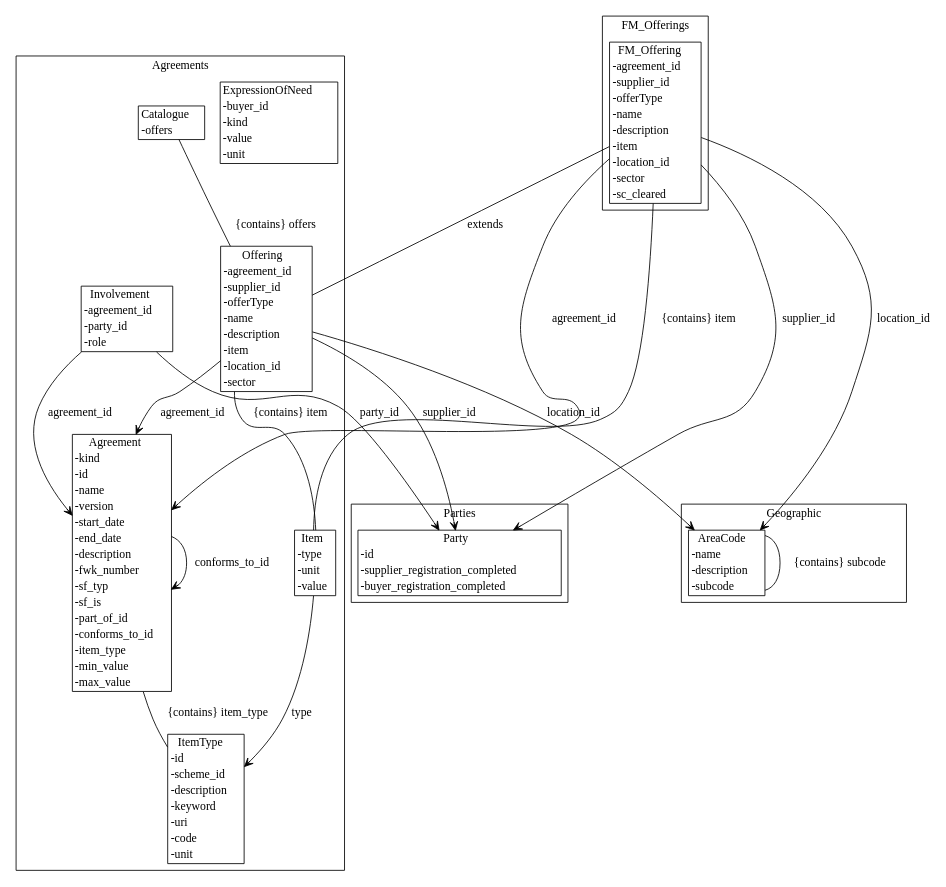
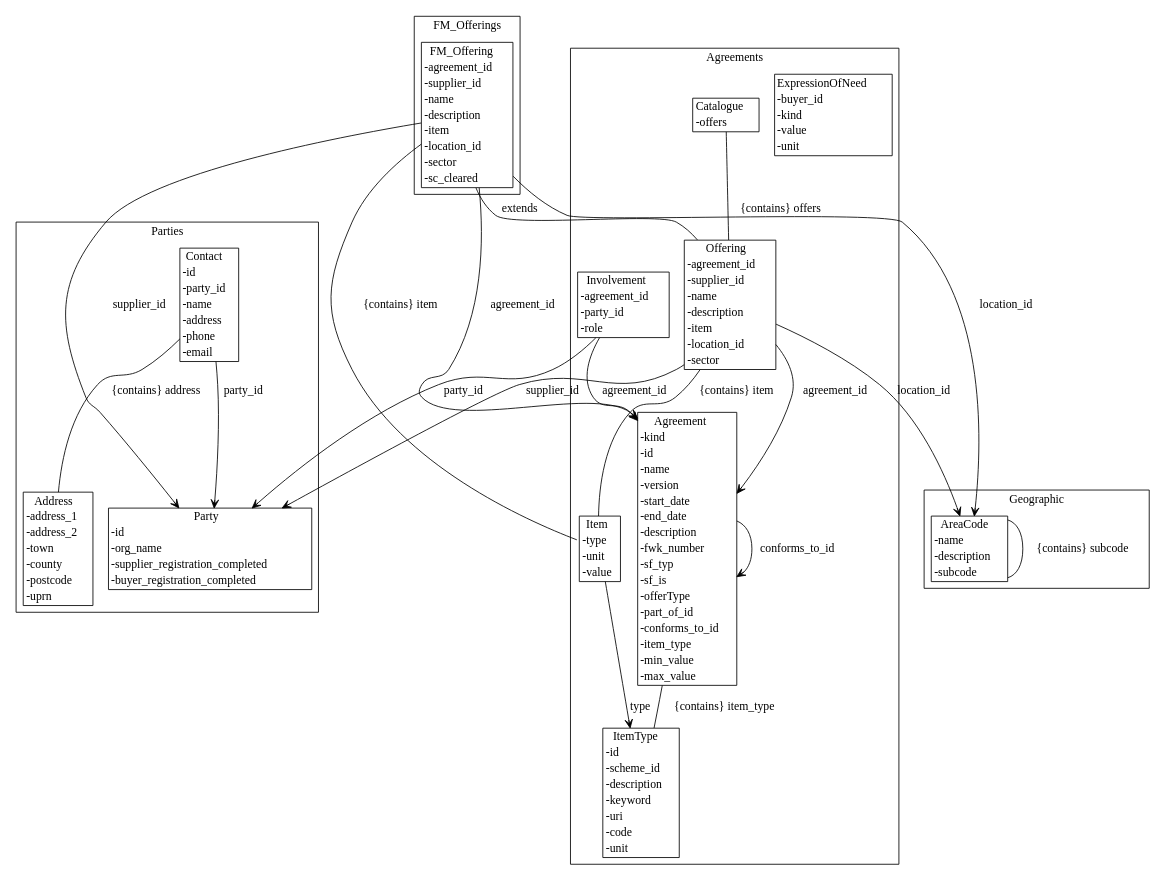
The diagram in agreement-design/gen/diagrams/metamodel.dot (Crown-Commercial-Service/cmp-design-prototype), drawn with Graphviz before and after one commit. The commit also changed 8 other files, not shown here.

Commit message:
Add offering type for supply teachers

```diff
--- a/agreement-design/gen/diagrams/metamodel.dot
+++ b/agreement-design/gen/diagrams/metamodel.dot
@@ -1,45 +1,49 @@
 strict digraph {
 subgraph cluster_Agreements {
 node [shape=plaintext margin=0];
 label=Agreements;
 "ItemType" [label=<<table BORDER="1" CELLBORDER="0" CELLSPACING="0"><TH><TD>ItemType</TD></TH><TR><TD ALIGN="LEFT">-id</TD></TR><TR><TD ALIGN="LEFT">-scheme_id</TD></TR><TR><TD ALIGN="LEFT">-description</TD></TR><TR><TD ALIGN="LEFT">-keyword</TD></TR><TR><TD ALIGN="LEFT">-uri</TD></TR><TR><TD ALIGN="LEFT">-code</TD></TR><TR><TD ALIGN="LEFT">-unit</TD></TR></table>>];
 "ExpressionOfNeed" [label=<<table BORDER="1" CELLBORDER="0" CELLSPACING="0"><TH><TD>ExpressionOfNeed</TD></TH><TR><TD ALIGN="LEFT">-buyer_id</TD></TR><TR><TD ALIGN="LEFT">-kind</TD></TR><TR><TD ALIGN="LEFT">-value</TD></TR><TR><TD ALIGN="LEFT">-unit</TD></TR></table>>];
-"Agreement" [label=<<table BORDER="1" CELLBORDER="0" CELLSPACING="0"><TH><TD>Agreement</TD></TH><TR><TD ALIGN="LEFT">-kind</TD></TR><TR><TD ALIGN="LEFT">-id</TD></TR><TR><TD ALIGN="LEFT">-name</TD></TR><TR><TD ALIGN="LEFT">-version</TD></TR><TR><TD ALIGN="LEFT">-start_date</TD></TR><TR><TD ALIGN="LEFT">-end_date</TD></TR><TR><TD ALIGN="LEFT">-description</TD></TR><TR><TD ALIGN="LEFT">-fwk_number</TD></TR><TR><TD ALIGN="LEFT">-sf_typ</TD></TR><TR><TD ALIGN="LEFT">-sf_is</TD></TR><TR><TD ALIGN="LEFT">-part_of_id</TD></TR><TR><TD ALIGN="LEFT">-conforms_to_id</TD></TR><TR><TD ALIGN="LEFT">-item_type</TD></TR><TR><TD ALIGN="LEFT">-min_value</TD></TR><TR><TD ALIGN="LEFT">-max_value</TD></TR></table>>];
+"Agreement" [label=<<table BORDER="1" CELLBORDER="0" CELLSPACING="0"><TH><TD>Agreement</TD></TH><TR><TD ALIGN="LEFT">-kind</TD></TR><TR><TD ALIGN="LEFT">-id</TD></TR><TR><TD ALIGN="LEFT">-name</TD></TR><TR><TD ALIGN="LEFT">-version</TD></TR><TR><TD ALIGN="LEFT">-start_date</TD></TR><TR><TD ALIGN="LEFT">-end_date</TD></TR><TR><TD ALIGN="LEFT">-description</TD></TR><TR><TD ALIGN="LEFT">-fwk_number</TD></TR><TR><TD ALIGN="LEFT">-sf_typ</TD></TR><TR><TD ALIGN="LEFT">-sf_is</TD></TR><TR><TD ALIGN="LEFT">-offerType</TD></TR><TR><TD ALIGN="LEFT">-part_of_id</TD></TR><TR><TD ALIGN="LEFT">-conforms_to_id</TD></TR><TR><TD ALIGN="LEFT">-item_type</TD></TR><TR><TD ALIGN="LEFT">-min_value</TD></TR><TR><TD ALIGN="LEFT">-max_value</TD></TR></table>>];
 "Item" [label=<<table BORDER="1" CELLBORDER="0" CELLSPACING="0"><TH><TD>Item</TD></TH><TR><TD ALIGN="LEFT">-type</TD></TR><TR><TD ALIGN="LEFT">-unit</TD></TR><TR><TD ALIGN="LEFT">-value</TD></TR></table>>];
-"Offering" [label=<<table BORDER="1" CELLBORDER="0" CELLSPACING="0"><TH><TD>Offering</TD></TH><TR><TD ALIGN="LEFT">-agreement_id</TD></TR><TR><TD ALIGN="LEFT">-supplier_id</TD></TR><TR><TD ALIGN="LEFT">-offerType</TD></TR><TR><TD ALIGN="LEFT">-name</TD></TR><TR><TD ALIGN="LEFT">-description</TD></TR><TR><TD ALIGN="LEFT">-item</TD></TR><TR><TD ALIGN="LEFT">-location_id</TD></TR><TR><TD ALIGN="LEFT">-sector</TD></TR></table>>];
+"Offering" [label=<<table BORDER="1" CELLBORDER="0" CELLSPACING="0"><TH><TD>Offering</TD></TH><TR><TD ALIGN="LEFT">-agreement_id</TD></TR><TR><TD ALIGN="LEFT">-supplier_id</TD></TR><TR><TD ALIGN="LEFT">-name</TD></TR><TR><TD ALIGN="LEFT">-description</TD></TR><TR><TD ALIGN="LEFT">-item</TD></TR><TR><TD ALIGN="LEFT">-location_id</TD></TR><TR><TD ALIGN="LEFT">-sector</TD></TR></table>>];
 "Catalogue" [label=<<table BORDER="1" CELLBORDER="0" CELLSPACING="0"><TH><TD>Catalogue</TD></TH><TR><TD ALIGN="LEFT">-offers</TD></TR></table>>];
 "Involvement" [label=<<table BORDER="1" CELLBORDER="0" CELLSPACING="0"><TH><TD>Involvement</TD></TH><TR><TD ALIGN="LEFT">-agreement_id</TD></TR><TR><TD ALIGN="LEFT">-party_id</TD></TR><TR><TD ALIGN="LEFT">-role</TD></TR></table>>];
 }
 subgraph cluster_Parties {
 node [shape=plaintext margin=0];
 label=Parties;
-"Party" [label=<<table BORDER="1" CELLBORDER="0" CELLSPACING="0"><TH><TD>Party</TD></TH><TR><TD ALIGN="LEFT">-id</TD></TR><TR><TD ALIGN="LEFT">-supplier_registration_completed</TD></TR><TR><TD ALIGN="LEFT">-buyer_registration_completed</TD></TR></table>>];
+"Party" [label=<<table BORDER="1" CELLBORDER="0" CELLSPACING="0"><TH><TD>Party</TD></TH><TR><TD ALIGN="LEFT">-id</TD></TR><TR><TD ALIGN="LEFT">-org_name</TD></TR><TR><TD ALIGN="LEFT">-supplier_registration_completed</TD></TR><TR><TD ALIGN="LEFT">-buyer_registration_completed</TD></TR></table>>];
+"Address" [label=<<table BORDER="1" CELLBORDER="0" CELLSPACING="0"><TH><TD>Address</TD></TH><TR><TD ALIGN="LEFT">-address_1</TD></TR><TR><TD ALIGN="LEFT">-address_2</TD></TR><TR><TD ALIGN="LEFT">-town</TD></TR><TR><TD ALIGN="LEFT">-county</TD></TR><TR><TD ALIGN="LEFT">-postcode</TD></TR><TR><TD ALIGN="LEFT">-uprn</TD></TR></table>>];
+"Contact" [label=<<table BORDER="1" CELLBORDER="0" CELLSPACING="0"><TH><TD>Contact</TD></TH><TR><TD ALIGN="LEFT">-id</TD></TR><TR><TD ALIGN="LEFT">-party_id</TD></TR><TR><TD ALIGN="LEFT">-name</TD></TR><TR><TD ALIGN="LEFT">-address</TD></TR><TR><TD ALIGN="LEFT">-phone</TD></TR><TR><TD ALIGN="LEFT">-email</TD></TR></table>>];
 }
 subgraph cluster_Geographic {
 node [shape=plaintext margin=0];
 label=Geographic;
 "AreaCode" [label=<<table BORDER="1" CELLBORDER="0" CELLSPACING="0"><TH><TD>AreaCode</TD></TH><TR><TD ALIGN="LEFT">-name</TD></TR><TR><TD ALIGN="LEFT">-description</TD></TR><TR><TD ALIGN="LEFT">-subcode</TD></TR></table>>];
 }
 subgraph cluster_FM_Offerings {
 node [shape=plaintext margin=0];
 label=FM_Offerings;
-"FM_Offering" [label=<<table BORDER="1" CELLBORDER="0" CELLSPACING="0"><TH><TD>FM_Offering</TD></TH><TR><TD ALIGN="LEFT">-agreement_id</TD></TR><TR><TD ALIGN="LEFT">-supplier_id</TD></TR><TR><TD ALIGN="LEFT">-offerType</TD></TR><TR><TD ALIGN="LEFT">-name</TD></TR><TR><TD ALIGN="LEFT">-description</TD></TR><TR><TD ALIGN="LEFT">-item</TD></TR><TR><TD ALIGN="LEFT">-location_id</TD></TR><TR><TD ALIGN="LEFT">-sector</TD></TR><TR><TD ALIGN="LEFT">-sc_cleared</TD></TR></table>>];
+"FM_Offering" [label=<<table BORDER="1" CELLBORDER="0" CELLSPACING="0"><TH><TD>FM_Offering</TD></TH><TR><TD ALIGN="LEFT">-agreement_id</TD></TR><TR><TD ALIGN="LEFT">-supplier_id</TD></TR><TR><TD ALIGN="LEFT">-name</TD></TR><TR><TD ALIGN="LEFT">-description</TD></TR><TR><TD ALIGN="LEFT">-item</TD></TR><TR><TD ALIGN="LEFT">-location_id</TD></TR><TR><TD ALIGN="LEFT">-sector</TD></TR><TR><TD ALIGN="LEFT">-sc_cleared</TD></TR></table>>];
 }
 "Agreement" -> "Agreement" [label="part_of_id" arrowhead = "open" arrowtail = "none" ];
 "Agreement" -> "Agreement" [label="conforms_to_id" arrowhead = "open" arrowtail = "none" ];
 "Agreement" -> "ItemType" [label="{contains} item_type" arrowhead = "none" arrowtail = "diamond" ];
 "Item" -> "ItemType" [label="type" arrowhead = "open" arrowtail = "none" ];
 "Offering" -> "Agreement" [label="agreement_id" arrowhead = "open" arrowtail = "none" ];
 "Offering" -> "Party" [label="supplier_id" arrowhead = "open" arrowtail = "none" ];
 "Offering" -> "Item" [label="{contains} item" arrowhead = "none" arrowtail = "diamond" ];
 "Offering" -> "AreaCode" [label="location_id" arrowhead = "open" arrowtail = "none" ];
 "Catalogue" -> "Offering" [label="{contains} offers" arrowhead = "none" arrowtail = "diamond" ];
 "Involvement" -> "Agreement" [label="agreement_id" arrowhead = "open" arrowtail = "none" ];
 "Involvement" -> "Party" [label="party_id" arrowhead = "open" arrowtail = "none" ];
+"Contact" -> "Party" [label="party_id" arrowhead = "open" arrowtail = "none" ];
+"Contact" -> "Address" [label="{contains} address" arrowhead = "none" arrowtail = "diamond" ];
 "AreaCode" -> "AreaCode" [label="{contains} subcode" arrowhead = "none" arrowtail = "diamond" ];
 "FM_Offering" -> "Offering" [label="extends" arrowhead = "none" arrowtail = "normal" ];
 "FM_Offering" -> "Agreement" [label="agreement_id" arrowhead = "open" arrowtail = "none" ];
 "FM_Offering" -> "Party" [label="supplier_id" arrowhead = "open" arrowtail = "none" ];
 "FM_Offering" -> "Item" [label="{contains} item" arrowhead = "none" arrowtail = "diamond" ];
 "FM_Offering" -> "AreaCode" [label="location_id" arrowhead = "open" arrowtail = "none" ];
 }
```
